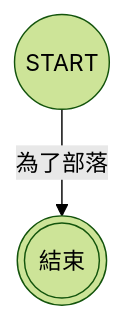
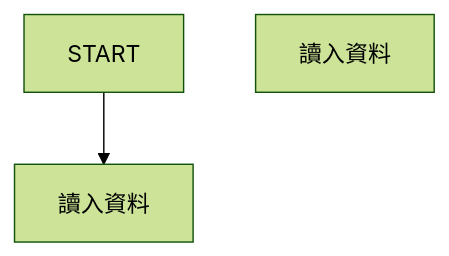
The diagram in 知識/統計/SAS/基礎知識/datastep.md (kuku0508/kuku_note_ver_2), drawn with Mermaid (forest theme) before and after one commit. The commit also changed 1 other file, not shown here.

Commit message:
vault backup: 2025-07-26 17:28:07

````diff
--- a/知識/統計/SAS/基礎知識/datastep.md
+++ b/知識/統計/SAS/基礎知識/datastep.md
@@ -8,6 +8,7 @@
 ```mermaid
 flowchart TD
-A@{shape: circle, label: "START"}
-B@{shape: dbl-circ, label: "結束"}
-A -->|為了部落| B
+A@{shape: rect, label: "START"}
+B@{shape: rect, label: "讀入資料"}
+C@{shape: rect, label: "讀入資料"}
+A --> B
 ```
````
